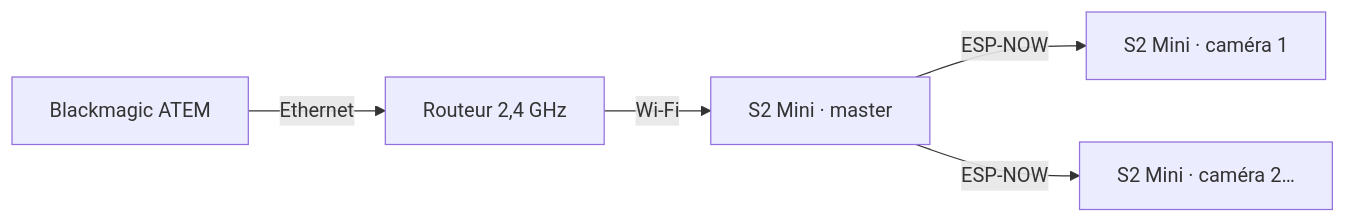
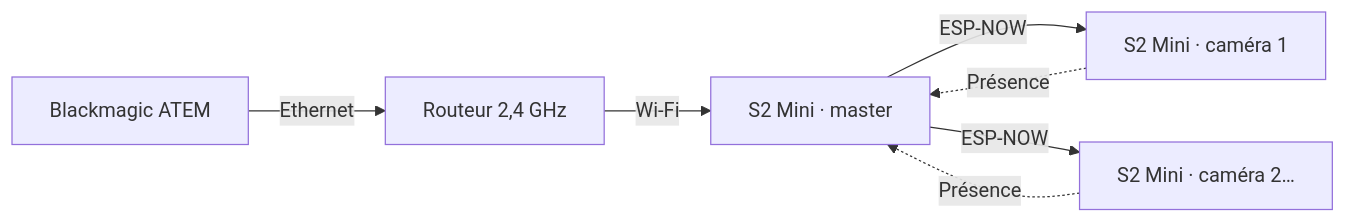
Before and after one commit to LeQcho/WIPTally: the diagram in README.md, drawn with Mermaid. The commit also changed other lines of this file and 23 other files, not shown here.

````diff
--- a/README.md
+++ b/README.md
@@ -21,7 +21,9 @@
 ```mermaid
 flowchart LR
     ATEM["Blackmagic ATEM"] -->|Ethernet| Routeur["Routeur 2,4 GHz"]
     Routeur -->|Wi-Fi| Master["S2 Mini · master"]
     Master -->|ESP-NOW| R1["S2 Mini · caméra 1"]
     Master -->|ESP-NOW| R2["S2 Mini · caméra 2…"]
+    R1 -.->|Présence| Master
+    R2 -.->|Présence| Master
 ```
````
